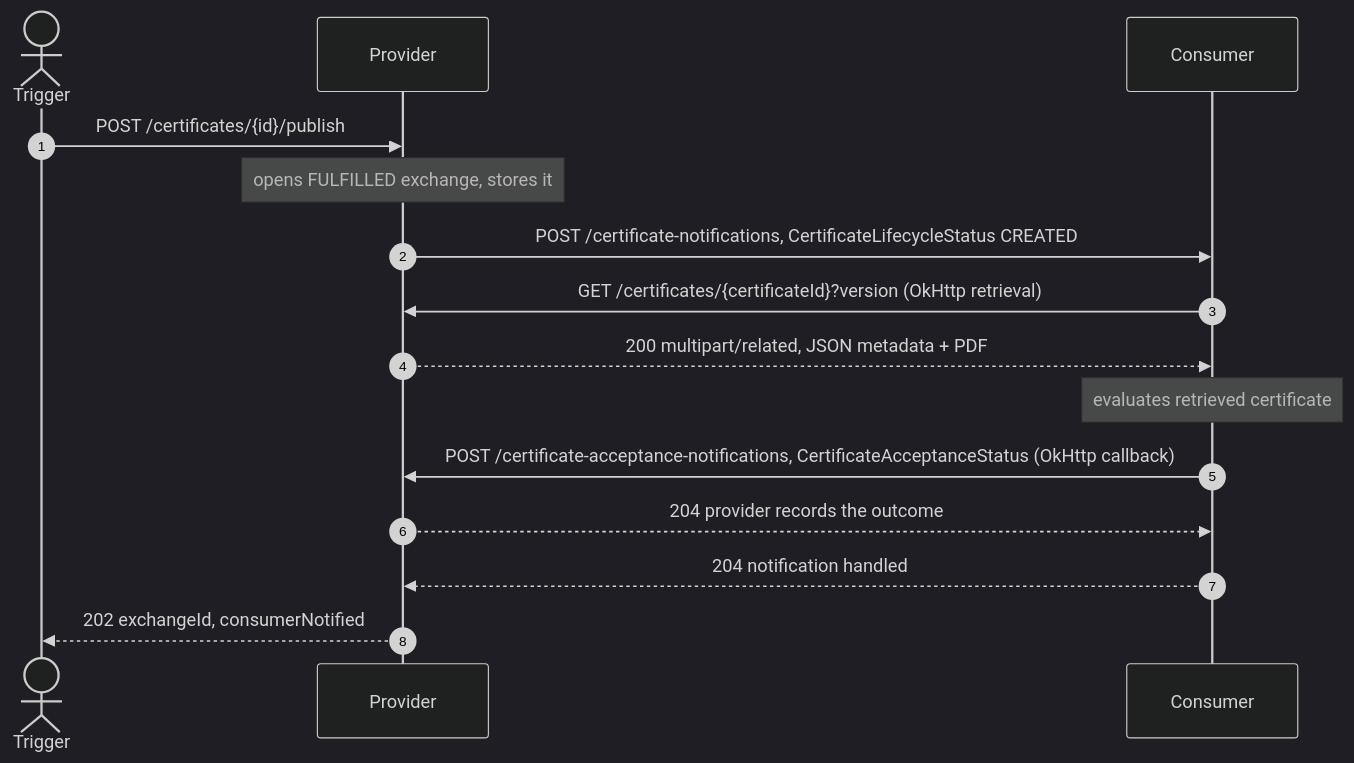
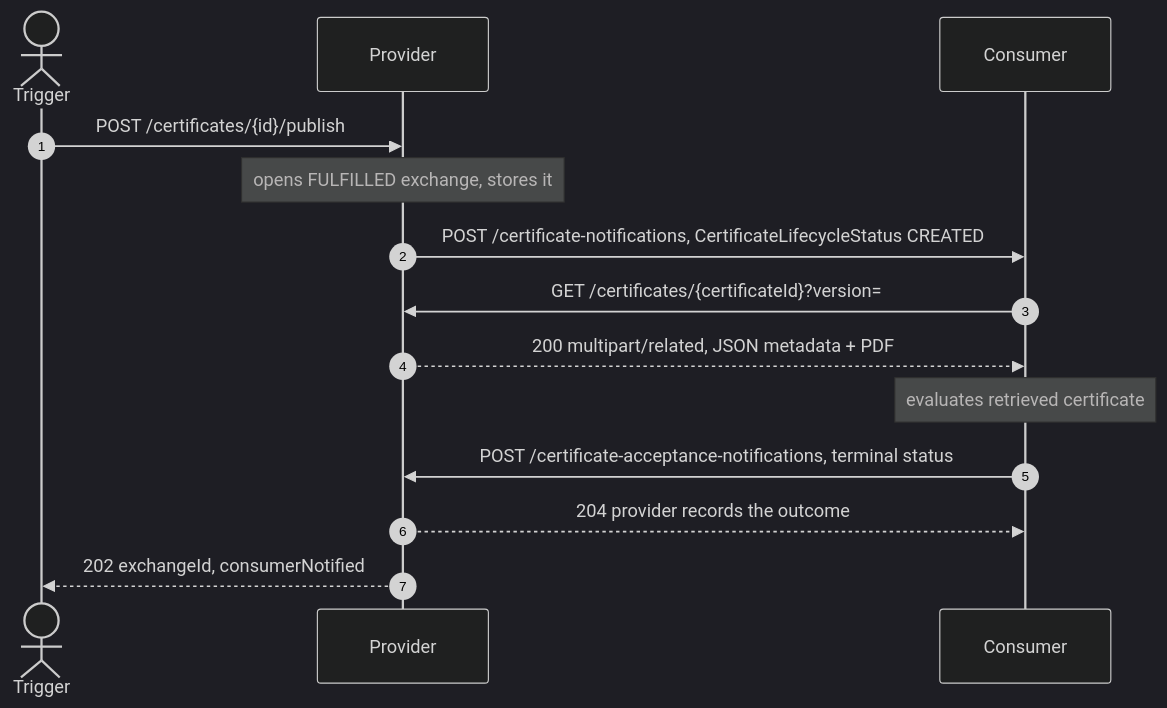
One commit to Metaform/certo changed the third of 5 diagrams in docs/FLOWS.md. Above: the diagram before and after it, drawn with Mermaid (dark theme). The commit also changed other lines of this file and 38 other files, not shown here.

Commit message:
feat: implement edge-case flows and simplify retrieved transition to make it optional

````diff
--- a/docs/FLOWS.md
+++ b/docs/FLOWS.md
@@ -100,17 +146,16 @@
 ```mermaid
 sequenceDiagram
     autonumber
     actor T as Trigger
     participant P as Provider
     participant C as Consumer
     T->>P: POST /certificates/{id}/publish
     Note over P: opens FULFILLED exchange, stores it
     P->>C: POST /certificate-notifications, CertificateLifecycleStatus CREATED
-    C->>P: GET /certificates/{certificateId}?version (OkHttp retrieval)
+    C->>P: GET /certificates/{certificateId}?version=
     P-->>C: 200 multipart/related, JSON metadata + PDF
     Note over C: evaluates retrieved certificate
-    C->>P: POST /certificate-acceptance-notifications, CertificateAcceptanceStatus (OkHttp callback)
+    C->>P: POST /certificate-acceptance-notifications, terminal status
     P-->>C: 204 provider records the outcome
-    C-->>P: 204 notification handled
     P-->>T: 202 exchangeId, consumerNotified
 ```
````
